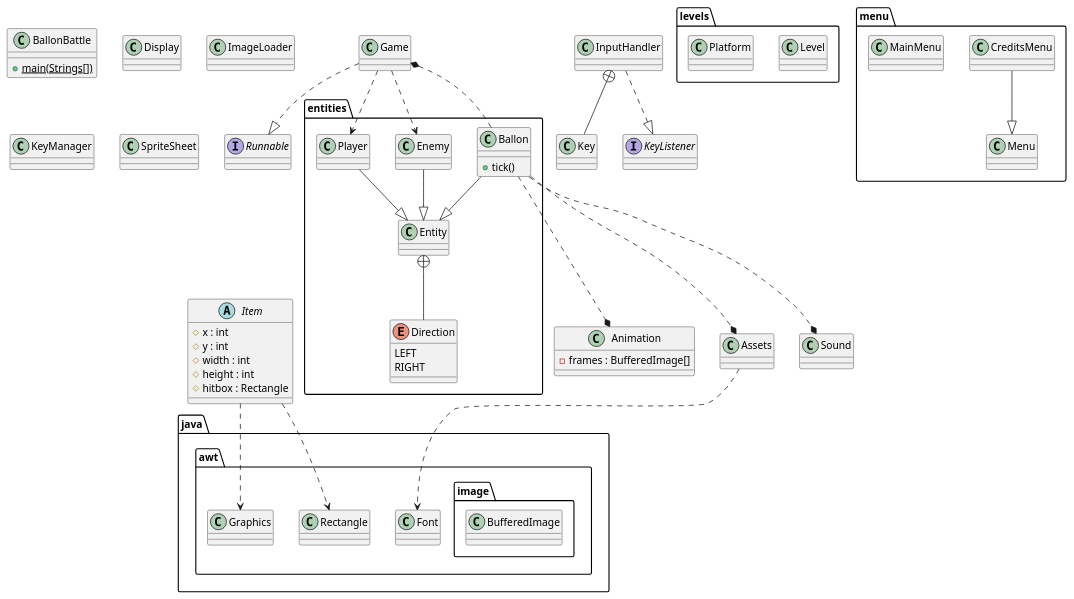
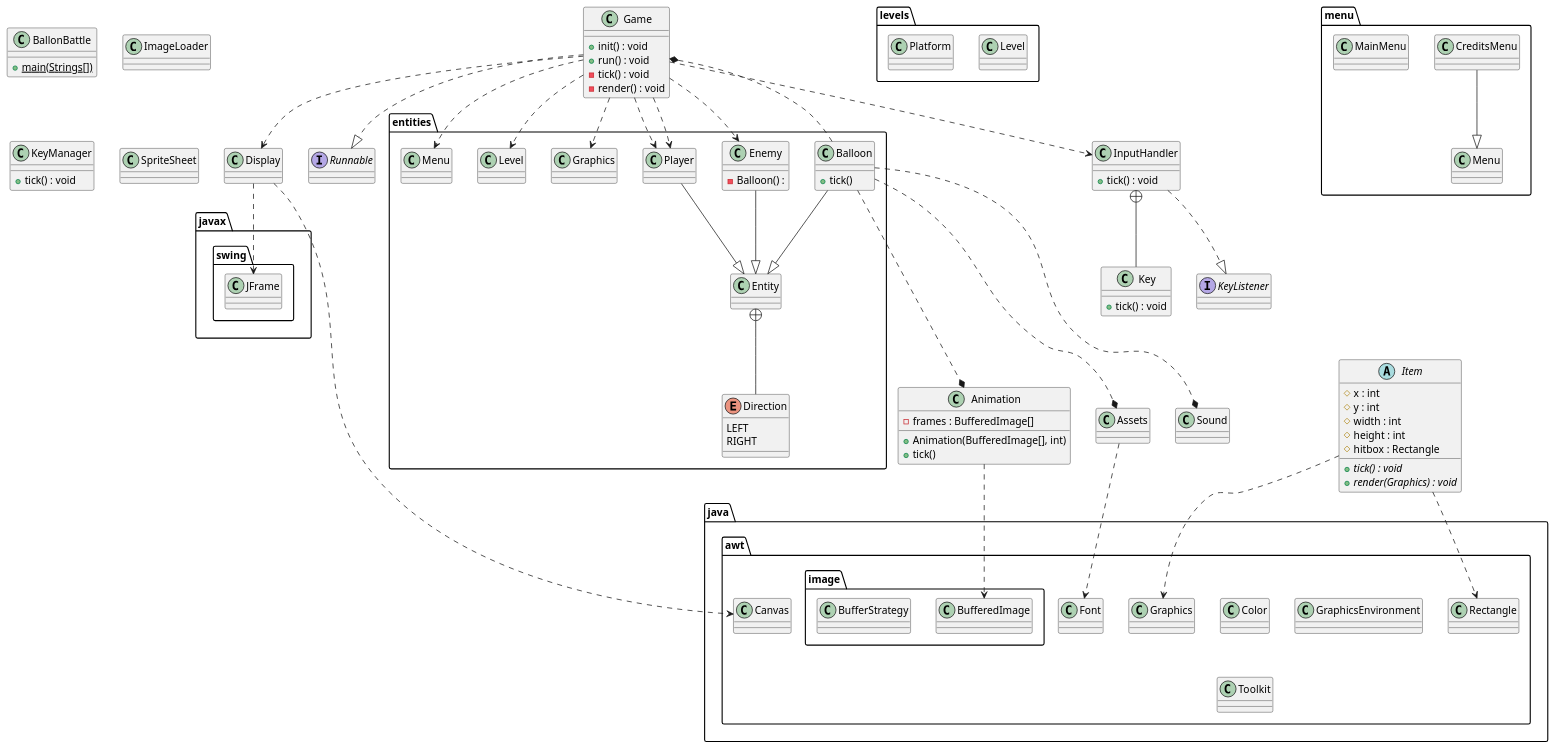
One commit to carl-stewart/balloon-battle changed the diagram in doc/1-UML.puml. Above: the diagram before and after it, drawn with PlantUML.

Commit message:
first draft

```diff
--- a/doc/1-UML.puml
+++ b/doc/1-UML.puml
@@ -1,98 +1,137 @@
 @startuml
 'https://plantuml.com/class-diagram
 
 class Animation {
 -frames : BufferedImage[]
++Animation(BufferedImage[], int)
++tick()
 }
 
 class Assets {}
 
 class BallonBattle {
 {static}+main(Strings[])
 }
 
 class Display {}
 
-class Game {}
+class Game {
++init() : void
++run() : void
+-tick() : void
+-render() : void
+}
 Game ..|> Runnable
 
 interface Runnable {}
 
 class ImageLoader {}
 class InputHandler {
++tick() : void
 }
 InputHandler +-- Key
-class Key {}
+class Key {
++tick() : void
+}
 
 InputHandler ..|> KeyListener
 interface KeyListener {}
 
 abstract class Item {
 	# x : int
 	# y : int
 	# width : int
 	# height : int
    	# hitbox : Rectangle
+    {abstract} + tick() : void
+    {abstract} + render(Graphics) : void
+
 }
 
 
-class KeyManager {}
+class KeyManager {
++ tick() : void
+}
 class Sound {}
 class SpriteSheet {}
 
 package entities {
 
-class Ballon {
+class Balloon {
 +tick()
 }
-Ballon --|> Entity
+Balloon --|> Entity
 Enemy --|> Entity
 Player --|> Entity
-Ballon ...* Animation
-Ballon ...* Assets
-Ballon ...* Game
-Ballon ...* Sound
+Balloon ...* Animation
+Balloon ...* Assets
+Balloon ...* Game
+Balloon ...* Sound
 
-class Enemy {}
+class Enemy {
+    - Balloon() :
+}
 class Entity {}
 
 Entity +-- Direction
 Game ..> Enemy
 Game ..> Player
+Game ..> Graphics
+Game ..> Display
+Game ..> Level
+Game ...> Menu
+Game ..> InputHandler
+Game ..> Player
+
 
 enum Direction {
     LEFT
     RIGHT
 }
 
 class Player {}
 }
 
 package levels {
 class Level {}
 class Platform {}
 
 }
 
 package menu {
 class CreditsMenu {}
 class MainMenu {}
 class Menu {}
 CreditsMenu --|> Menu
 }
 
 package java.awt {
+class Canvas
+class Color
+class Font
 class Graphics
+class GraphicsEnvironment
 class Rectangle
-class Font
+class Toolkit
+
 Assets ..> Font
 
 Item ..> Rectangle
 Item ..> Graphics
+
 package image {
     class BufferedImage
+    class BufferStrategy
+    Animation ..> BufferedImage
+}
 
 }
+
+package javax.swing {
+class JFrame
+Display ..> JFrame
+Display ..> Canvas
+
 }
 
 @enduml
```
